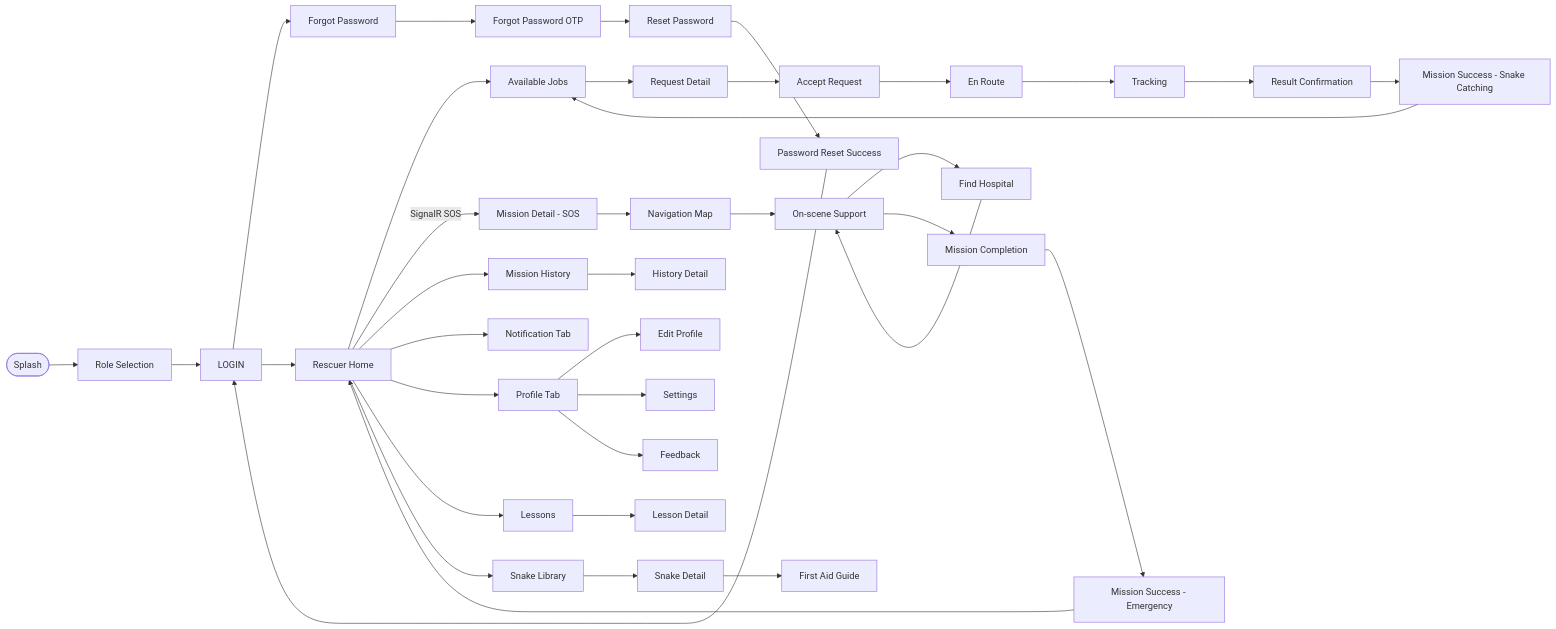
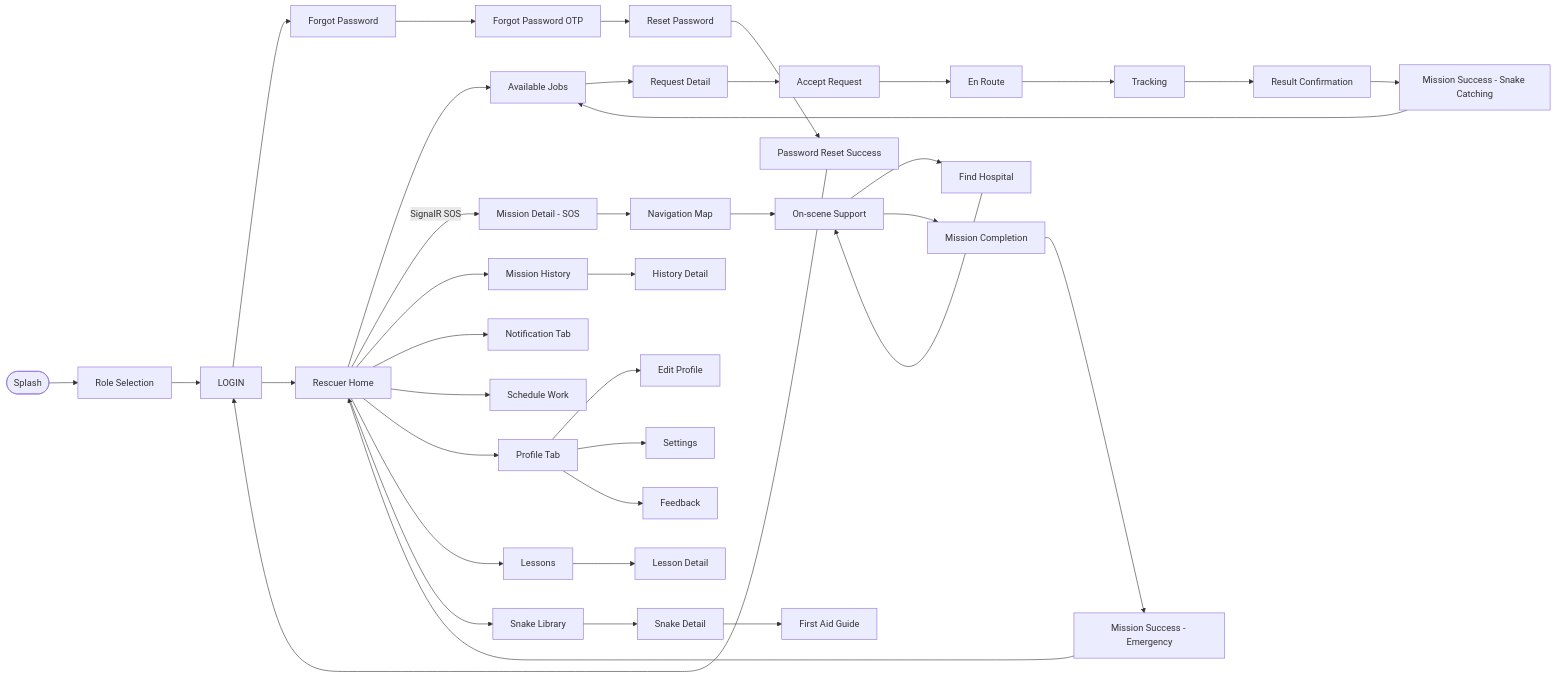
Before and after one commit to Snake-AID/SnakeAid.Mobile: the diagram in docs/01-Requirements/ScreenFlow-Diagram/Rescuer/Rescuer-Screen-Flow.md, drawn with Mermaid. The commit also changed other lines of this file, not shown here.

Commit message:
feat: add schedule work functionality to rescuer home and update workspace interface

````diff
--- a/docs/01-Requirements/ScreenFlow-Diagram/Rescuer/Rescuer-Screen-Flow.md
+++ b/docs/01-Requirements/ScreenFlow-Diagram/Rescuer/Rescuer-Screen-Flow.md
@@ -11,49 +11,50 @@
 ```mermaid
 flowchart LR
     SPLASH([Splash]) --> ROLE[Role Selection]
 
     ROLE --> LOGIN
 
     LOGIN --> FP[Forgot Password]
     FP --> FPOTP[Forgot Password OTP]
     FPOTP --> RPSET[Reset Password]
     RPSET --> RPSUCC[Password Reset Success]
     RPSUCC --> LOGIN
 
     LOGIN --> HOME[Rescuer Home]
 
     HOME --> JOBS[Available Jobs]
     JOBS --> REQD[Request Detail]
     REQD --> ACCEPT[Accept Request]
     ACCEPT --> ENRT[En Route]
     ENRT --> TRACK[Tracking]
     TRACK --> RESCONF[Result Confirmation]
     RESCONF --> SCSUCC[Mission Success - Snake Catching]
     SCSUCC --> JOBS
 
     HOME -->|SignalR SOS| EDETAIL[Mission Detail - SOS]
     EDETAIL --> ENAV[Navigation Map]
     ENAV --> ESUPPORT[On-scene Support]
     ESUPPORT --> EHOSP[Find Hospital]
     EHOSP --> ESUPPORT
     ESUPPORT --> ECOMPL[Mission Completion]
     ECOMPL --> ESUCC[Mission Success - Emergency]
     ESUCC --> HOME
 
     HOME --> HIST[Mission History]
     HIST --> HISTD[History Detail]
     HOME --> NOTIF[Notification Tab]
+    HOME --> SCHEDULE[Schedule Work]
 
     HOME --> PROFILE[Profile Tab]
     PROFILE --> EDITP[Edit Profile]
     PROFILE --> SETTINGS[Settings]
     PROFILE --> FEEDBACK[Feedback]
 
     HOME --> LESSONS[Lessons]
     LESSONS --> LESSDET[Lesson Detail]
 
     HOME --> SNAKELIB[Snake Library]
     SNAKELIB --> SDETAIL[Snake Detail]
     SDETAIL --> GUIDE[First Aid Guide]
 
 ```
````
